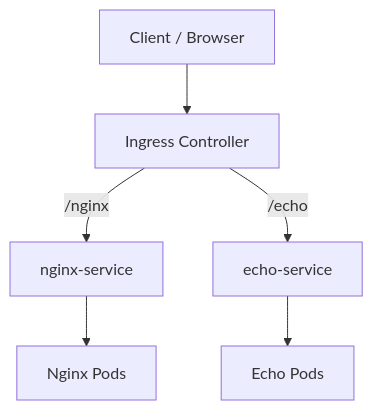
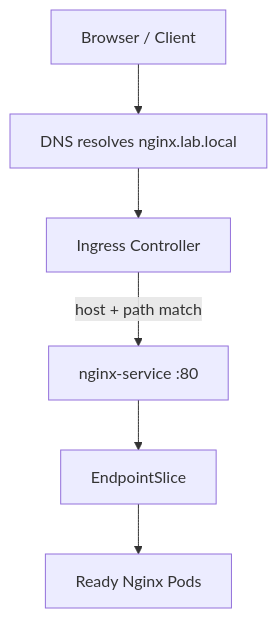
Before and after one commit to Rash499/kubernetes-cluster-lab: the diagram in 09-ingress/README.md, drawn with Mermaid. The commit also changed other lines of this file, not shown here.

Commit message:
Explain Ingress resources, controllers and routing manifest

````diff
--- a/09-ingress/README.md
+++ b/09-ingress/README.md
@@ -6,8 +9,8 @@
 ```mermaid
 flowchart TB
-  C["Client / Browser"] --> I["Ingress Controller"]
-  I -->|/nginx| S1["nginx-service"]
-  I -->|/echo| S2["echo-service"]
-  S1 --> P1["Nginx Pods"]
-  S2 --> P2["Echo Pods"]
+  C["Browser / Client"] --> DNS["DNS resolves nginx.lab.local"]
+  DNS --> I["Ingress Controller"]
+  I -->|host + path match| S["nginx-service :80"]
+  S --> E["EndpointSlice"]
+  E --> P["Ready Nginx Pods"]
 ```
````
